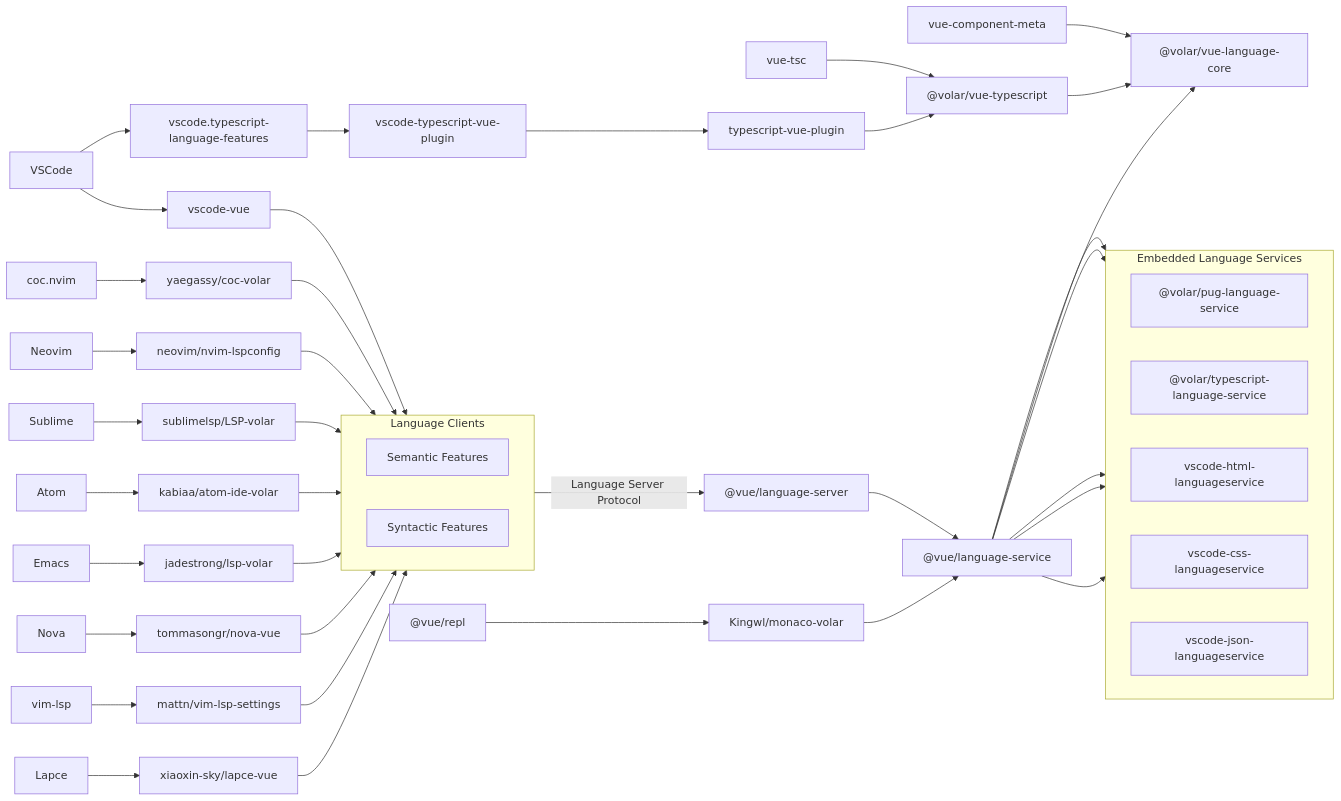
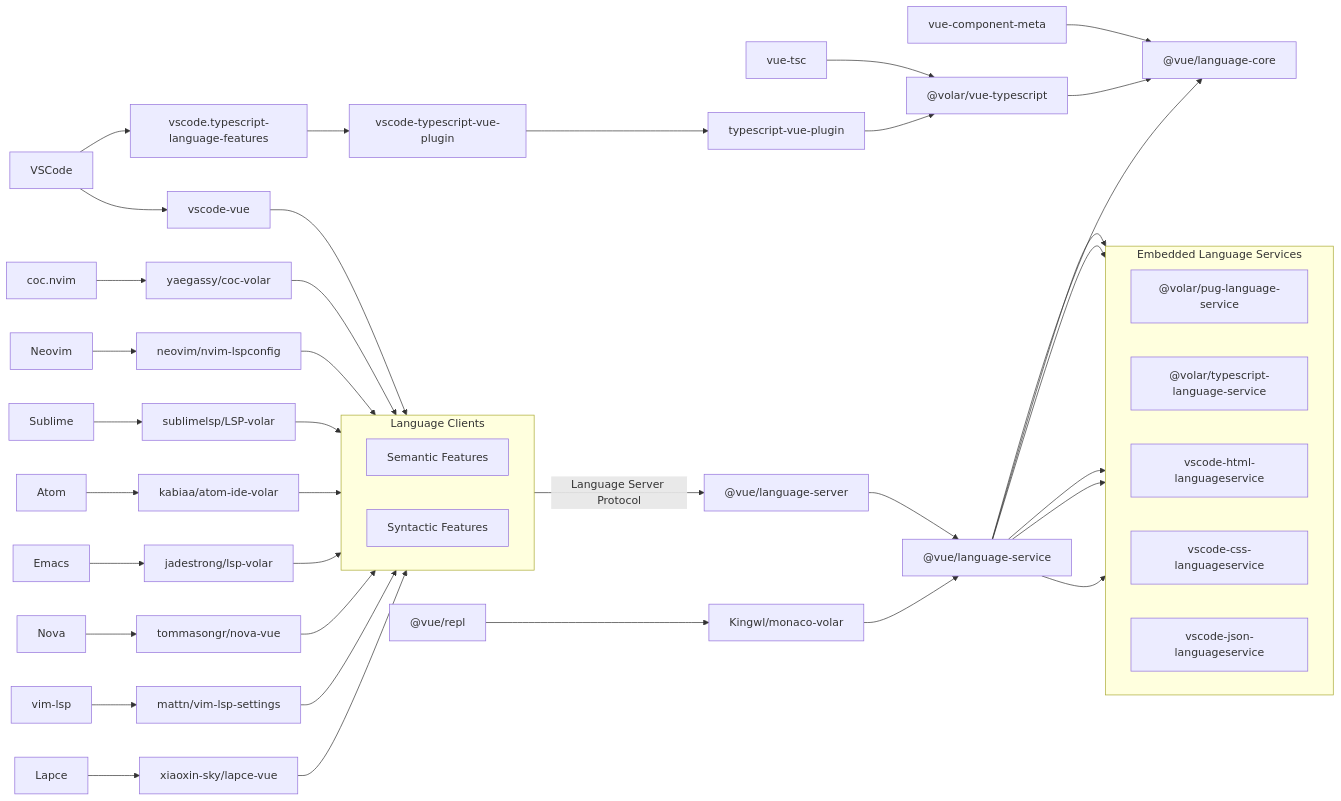
The diagram in README.md (vuejs/language-tools), drawn with Mermaid before and after one commit. The commit also changed 28 other files, not shown here.

Commit message:
chore: `@volar/vue-language-core` -> `@vue/language-core`

```diff
--- a/README.md
+++ b/README.md
@@ -117,7 +117,7 @@
 	%% Volar - Packages
 	VOLAR_VUE_SERVER["@vue/language-server"]
 	VOLAR_VUE_TS["@volar/vue-typescript"]
-	VOLAR_VUE_CORE["@volar/vue-language-core"]
+	VOLAR_VUE_CORE["@vue/language-core"]
 	VOLAR_VUE_SERVICE["@vue/language-service"]
 	VOLAR_PUG_SERVICE["@volar/pug-language-service"]
 	VOLAR_TS_SERVICE["@volar/typescript-language-service"]
```
